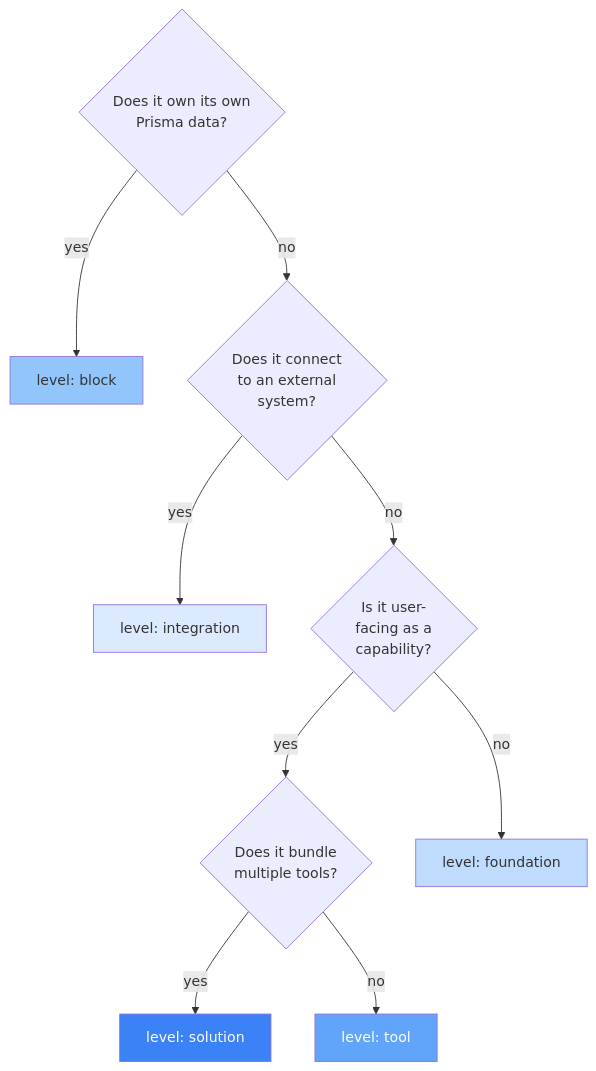
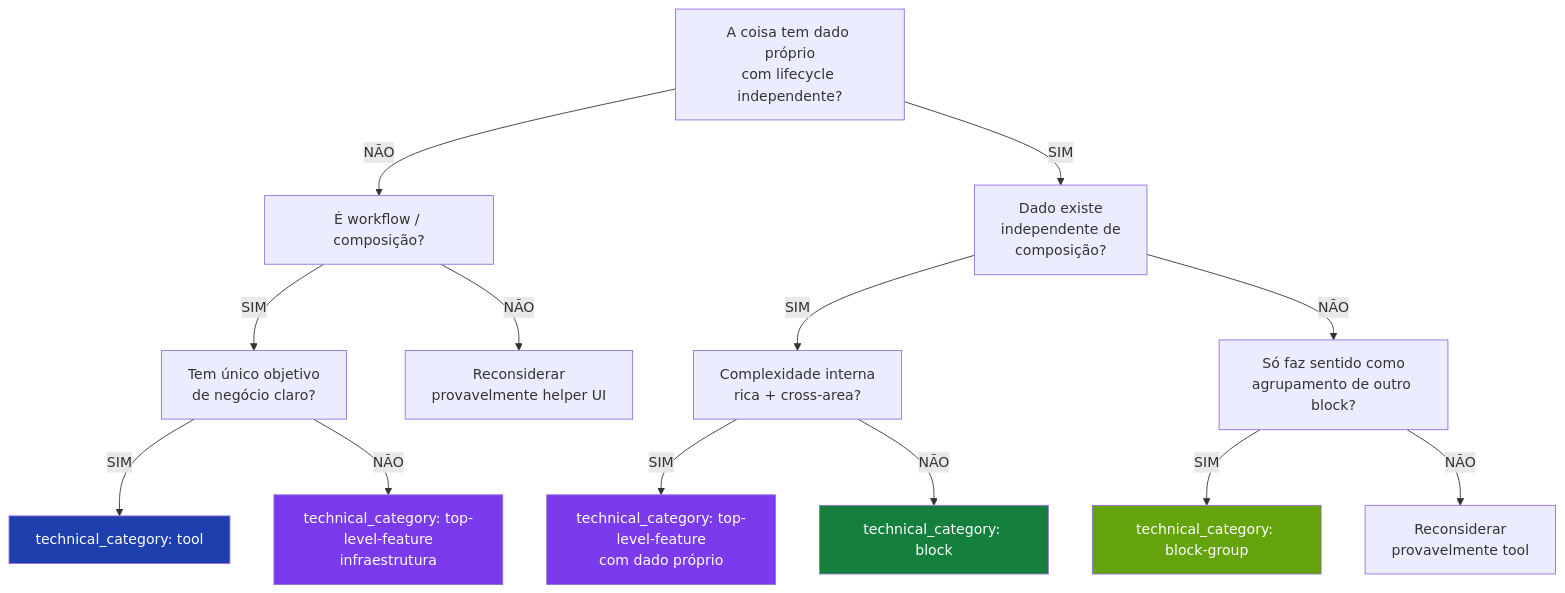
The second of 2 diagrams in docs/handbook/_meta/handbook/pt-BR.md (nickmoreira23/herd), drawn with Mermaid before and after one commit. The commit also changed other lines of this file and 5 other files, not shown here.

First line of the commit message:
docs(refactor/r0-1): handbook content reform — close 6 architectural gaps

````diff
--- a/docs/handbook/_meta/handbook/pt-BR.md
+++ b/docs/handbook/_meta/handbook/pt-BR.md
@@ -83,18 +184,27 @@
 ```mermaid
 flowchart TD
-  start{Does it own its own<br/>Prisma data?}
-  start -->|yes| block[level: block]
-  start -->|no| owns_external{Does it connect<br/>to an external<br/>system?}
-  owns_external -->|yes| integration[level: integration]
-  owns_external -->|no| user_facing{Is it user-<br/>facing as a<br/>capability?}
-  user_facing -->|yes| tool_or_solution{Does it bundle<br/>multiple tools?}
-  tool_or_solution -->|yes| solution[level: solution]
-  tool_or_solution -->|no| tool[level: tool]
-  user_facing -->|no| foundation[level: foundation]
+    Start[A coisa tem dado próprio<br/>com lifecycle independente?]
+    Start -->|NÃO| Workflow[É workflow / composição?]
+    Start -->|SIM| IndepCheck[Dado existe<br/>independente de<br/>composição?]
 
-  style block fill:#93c5fd
-  style tool fill:#60a5fa,color:#fff
-  style solution fill:#3b82f6,color:#fff
-  style foundation fill:#bfdbfe
-  style integration fill:#dbeafe
+    Workflow -->|SIM| Goal[Tem único objetivo<br/>de negócio claro?]
+    Workflow -->|NÃO| Reconsider1[Reconsiderar<br/>provavelmente helper UI]
+
+    Goal -->|SIM| Tool[technical_category: tool]
+    Goal -->|NÃO| TLF[technical_category: top-level-feature<br/>infraestrutura]
+
+    IndepCheck -->|SIM| RichCheck[Complexidade interna<br/>rica + cross-area?]
+    IndepCheck -->|NÃO| AgrCheck[Só faz sentido como<br/>agrupamento de outro block?]
+
+    RichCheck -->|SIM| TLFData[technical_category: top-level-feature<br/>com dado próprio]
+    RichCheck -->|NÃO| Block[technical_category: block]
+
+    AgrCheck -->|SIM| BlockGroup[technical_category: block-group]
+    AgrCheck -->|NÃO| Reconsider2[Reconsiderar<br/>provavelmente tool]
+
+    style Tool fill:#1e40af,color:#fff
+    style Block fill:#15803d,color:#fff
+    style BlockGroup fill:#65a30d,color:#fff
+    style TLF fill:#7c3aed,color:#fff
+    style TLFData fill:#7c3aed,color:#fff
 ```
````
